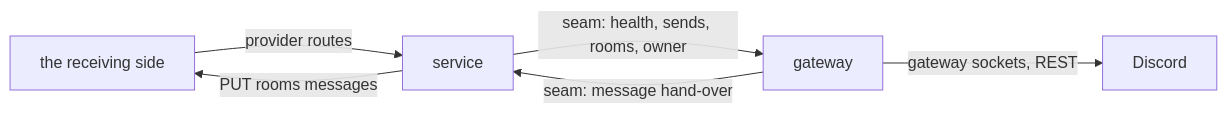
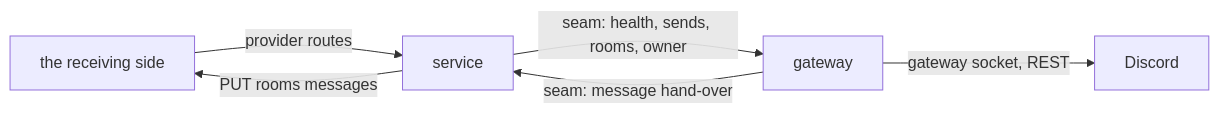
The diagram in docs/boundary-api.md (ahas/bmo-discord), drawn with Mermaid before and after one commit. The commit also changed other lines of this file and 20 other files, not shown here.

````diff
--- a/docs/boundary-api.md
+++ b/docs/boundary-api.md
@@ -17,8 +17,8 @@
 ```mermaid
 flowchart LR
   Rx[the receiving side] -->|provider routes| S[service]
   S -->|PUT rooms messages| Rx
   S -->|seam: health, sends, rooms, owner| G[gateway]
   G -->|seam: message hand-over| S
-  G -->|gateway sockets, REST| DC[Discord]
+  G -->|gateway socket, REST| DC[Discord]
 ```
````
